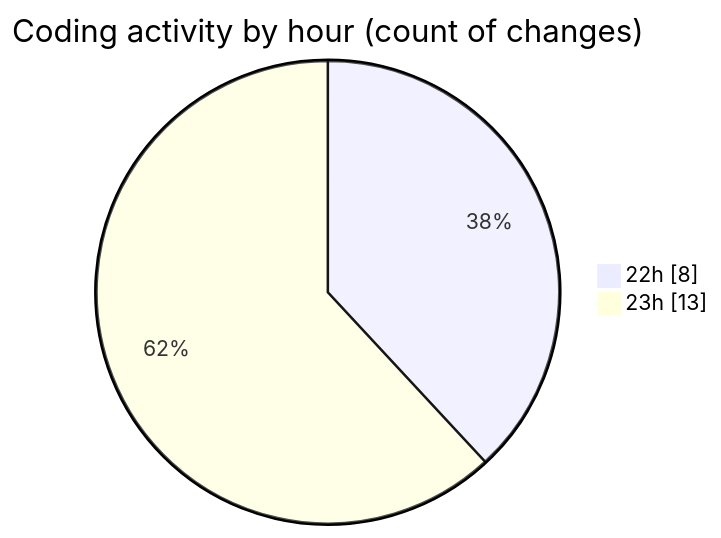
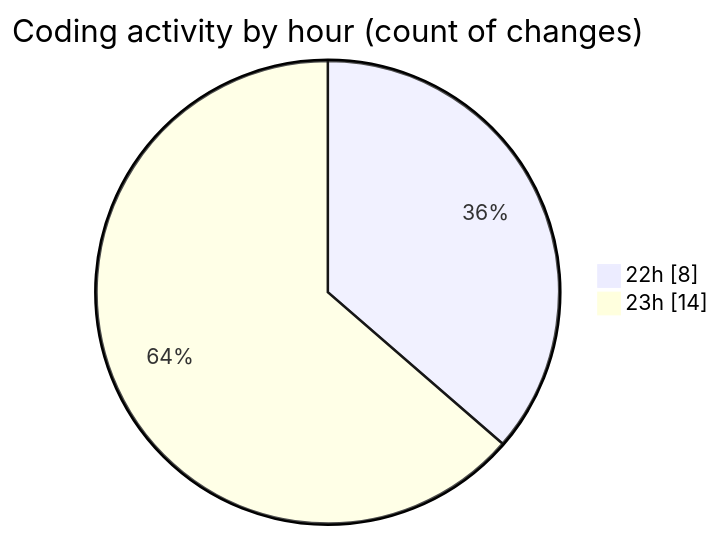
Before and after one commit to Elitesun/code-tracking: the second of 2 diagrams in 2025-05-27/elitesun/README.md, drawn with Mermaid. The commit also changed other lines of this file and 1 other file, not shown here.

````diff
--- a/2025-05-27/elitesun/README.md
+++ b/2025-05-27/elitesun/README.md
@@ -38,6 +38,6 @@
 ```mermaid
 pie showData
 title Coding activity by hour (count of changes)
 "22h" : 8
-"23h" : 13
+"23h" : 14
 ```
````
